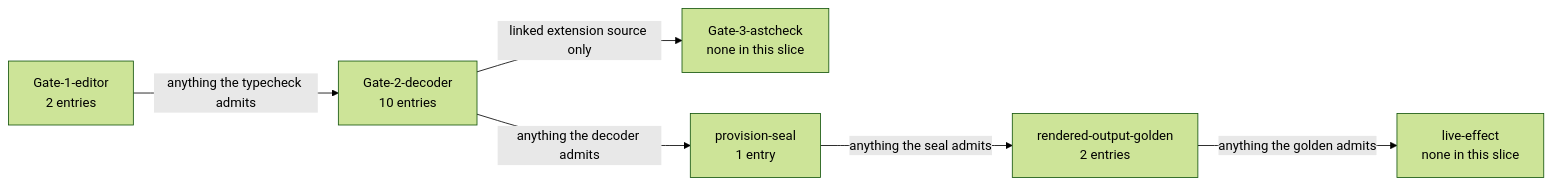
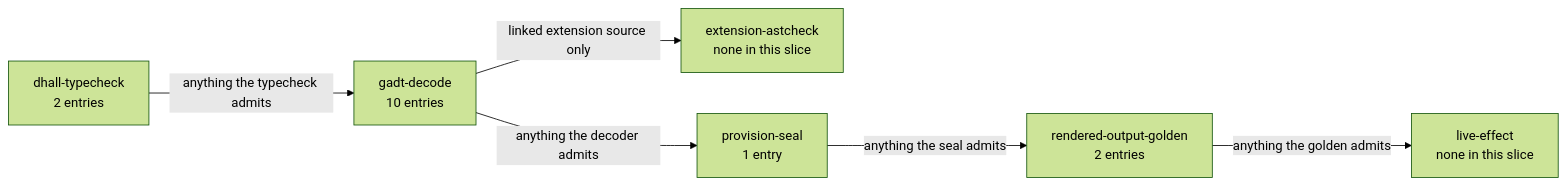
Before and after one commit to Tuee22/amoebius: the diagram in documents/illegal_state/illegal_state_security.md, drawn with Mermaid (forest theme). The commit also changed other lines of this file and 381 other files, not shown here.

````diff
--- a/documents/illegal_state/illegal_state_security.md
+++ b/documents/illegal_state/illegal_state_security.md
@@ -59,15 +59,15 @@
 ```mermaid
 flowchart LR
   %% register: orientation
-  g1["Gate-1-editor<br/>2 entries"]
-  g2["Gate-2-decoder<br/>10 entries"]
-  g3["Gate-3-astcheck<br/>none in this slice"]
+  g1["dhall-typecheck<br/>2 entries"]
+  g2["gadt-decode<br/>10 entries"]
+  g3["extension-astcheck<br/>none in this slice"]
   ps["provision-seal<br/>1 entry"]
   rg["rendered-output-golden<br/>2 entries"]
   le["live-effect<br/>none in this slice"]
   g1 -->|"anything the typecheck admits"| g2
   g2 -->|"linked extension source only"| g3
   g2 -->|"anything the decoder admits"| ps
   ps -->|"anything the seal admits"| rg
   rg -->|"anything the golden admits"| le
 ```
````
